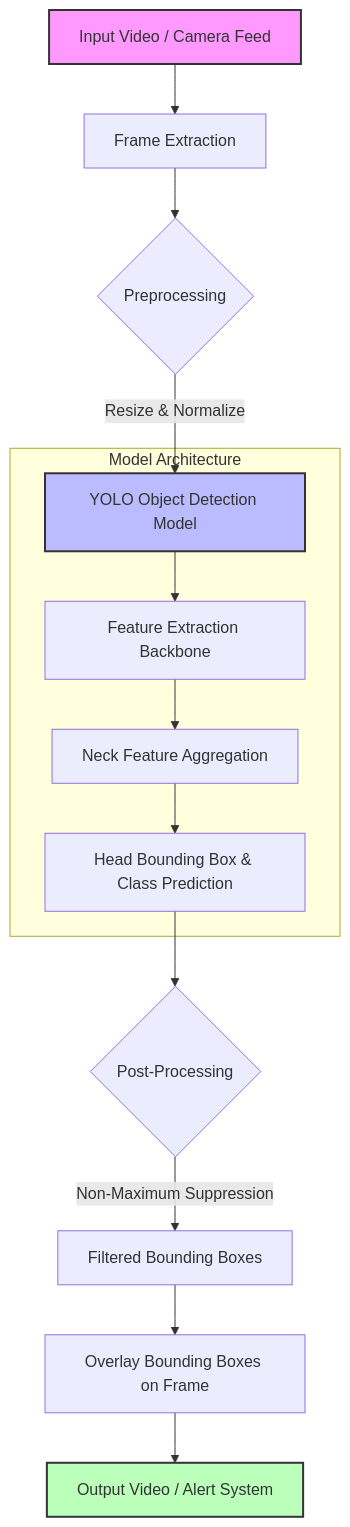
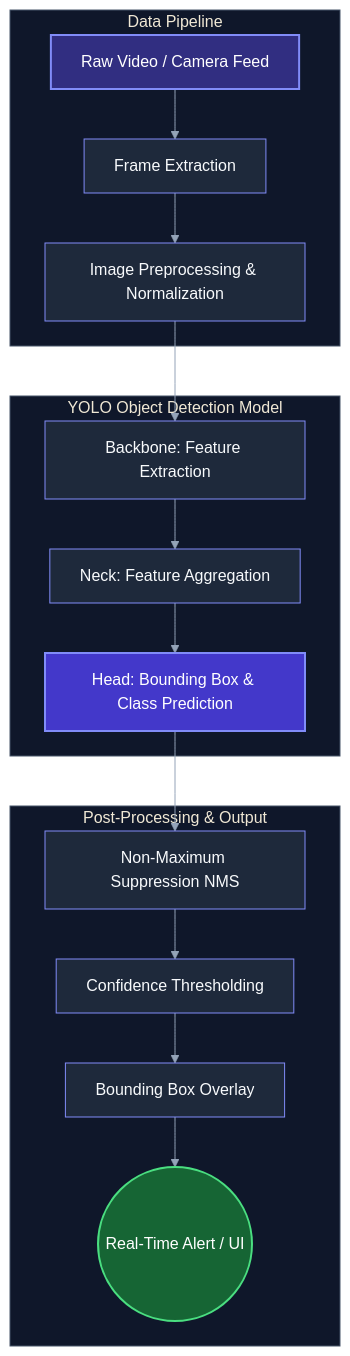
The diagram in README.md (Rupeshbhardwaj002/Real_time_pothole_detection_using_YOLO), drawn with Mermaid before and after one commit. The commit also changed other lines of this file, not shown here.

````diff
--- a/README.md
+++ b/README.md
@@ -39,21 +45,25 @@
 ```mermaid
+%%{init: {'theme': 'base', 'themeVariables': { 'primaryColor': '#1e293b', 'primaryTextColor': '#f8fafc', 'primaryBorderColor': '#818cf8', 'lineColor': '#94a3b8', 'secondaryColor': '#334155', 'tertiaryColor': '#0f172a', 'clusterBkg': '#0f172a', 'clusterBorder': '#475569'}}}%%
 graph TD
-    A[Input Video / Camera Feed] --> B[Frame Extraction]
-    B --> C{Preprocessing}
-    C -->|Resize & Normalize| D[YOLO Object Detection Model]
-    
-    subgraph Model Architecture
-        D --> E[Feature Extraction Backbone]
-        E --> F[Neck Feature Aggregation]
-        F --> G[Head Bounding Box & Class Prediction]
+    subgraph Data Pipeline
+        A[Raw Video / Camera Feed] --> B[Frame Extraction]
+        B --> C[Image Preprocessing & Normalization]
     end
-    
-    G --> H{Post-Processing}
-    H -->|Non-Maximum Suppression| I[Filtered Bounding Boxes]
-    I --> J[Overlay Bounding Boxes on Frame]
-    J --> K[Output Video / Alert System]
-    
-    style A fill:#f9f,stroke:#333,stroke-width:2px
-    style D fill:#bbf,stroke:#333,stroke-width:2px
-    style K fill:#bfb,stroke:#333,stroke-width:2px
+
+    subgraph YOLO Object Detection Model
+        C --> D[Backbone: Feature Extraction]
+        D --> E[Neck: Feature Aggregation]
+        E --> F[Head: Bounding Box & Class Prediction]
+    end
+
+    subgraph Post-Processing & Output
+        F --> G[Non-Maximum Suppression NMS]
+        G --> H[Confidence Thresholding]
+        H --> I[Bounding Box Overlay]
+        I --> J((Real-Time Alert / UI))
+    end
+
+    style A fill:#312e81,stroke:#818cf8,stroke-width:2px,color:#fff
+    style F fill:#4338ca,stroke:#818cf8,stroke-width:2px,color:#fff
+    style J fill:#166534,stroke:#4ade80,stroke-width:2px,color:#fff
 ```
````
